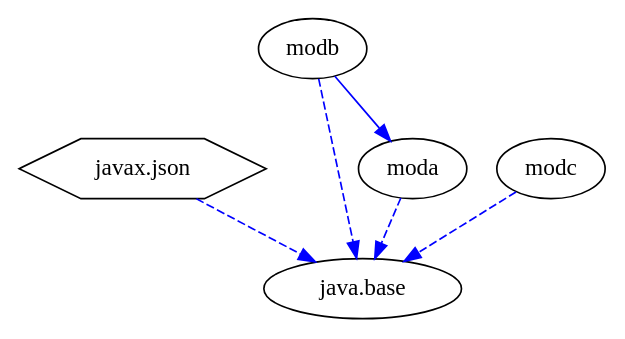
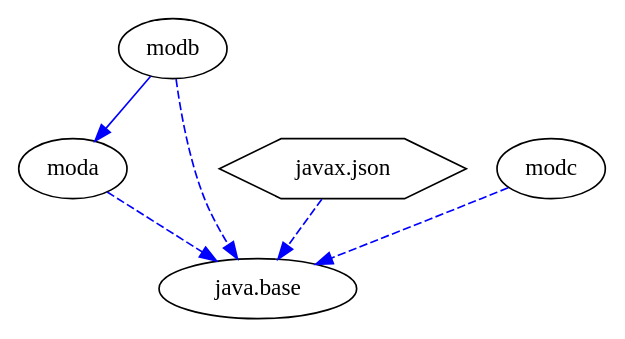
One commit to accso/java9-jigsaw-examples changed the diagram in jigsaw-examples/example_resolved-modules/moduledependencies.dot. Above: the diagram before and after it, drawn with Graphviz. The commit also changed 81 other files, not shown here.

```diff
--- a/jigsaw-examples/example_resolved-modules/moduledependencies.dot
+++ b/jigsaw-examples/example_resolved-modules/moduledependencies.dot
@@ -1,13 +1,13 @@
-# Created by depvis.JigsawDepVisualizer on Sun Nov 20 17:44:35 CET 2016
+# Created by depvis.JigsawDepVisualizer on Fri Dec 30 11:18:32 CET 2016
 digraph Java9_Dependency_Visualizer {
+modb[fontname="Consolas",shape="ellipse",label="modb"];
+moda[fontname="Consolas",shape="ellipse",label="moda"];
+java_base[fontname="Consolas",shape="ellipse",label="java.base"];
 javax_json[fontname="Consolas",shape="hexagon",label="javax.json"];
-java_base[fontname="Consolas",shape="ellipse",label="java.base"];
-moda[fontname="Consolas",shape="ellipse",label="moda"];
 modc[fontname="Consolas",shape="ellipse",label="modc"];
-modb[fontname="Consolas",shape="ellipse",label="modb"];
+modb -> moda[color="#0000ff",fontname="Consolas",fontcolor="#0000ff",weight="8"]
+modb -> java_base[color="#0000ff",fontname="Consolas",fontcolor="#0000ff",style="dashed",weight="16"]
 javax_json -> java_base[color="#0000ff",fontname="Consolas",fontcolor="#0000ff",style="dashed",weight="16"]
 moda -> java_base[color="#0000ff",fontname="Consolas",fontcolor="#0000ff",style="dashed",weight="16"]
 modc -> java_base[color="#0000ff",fontname="Consolas",fontcolor="#0000ff",style="dashed",weight="16"]
-modb -> moda[color="#0000ff",fontname="Consolas",fontcolor="#0000ff",weight="8"]
-modb -> java_base[color="#0000ff",fontname="Consolas",fontcolor="#0000ff",style="dashed",weight="16"]
 }
```
